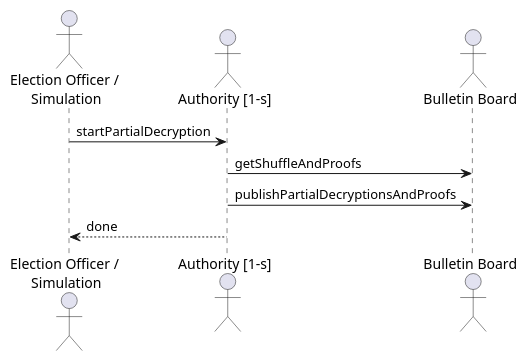
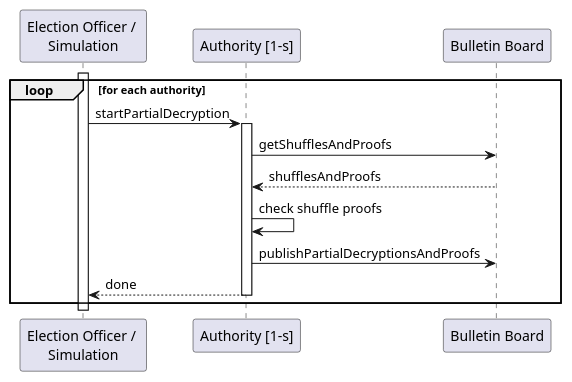
Before and after one commit to republique-et-canton-de-geneve/chvote-protocol-poc: the diagram in doc/sequence/Decryption.puml, drawn with PlantUML. The commit also changed 11 other files, not shown here.

Commit message:
Improve sequence diagrams

```diff
--- a/doc/sequence/Decryption.puml
+++ b/doc/sequence/Decryption.puml
@@ -1,11 +1,19 @@
 @startuml
-actor "Election Officer / \nSimulation" as eo
-actor "Authority [1-s]" as auth
-actor "Bulletin Board" as bb
+participant "Election Officer / \nSimulation" as eo
+participant "Authority [1-s]" as auth
+participant "Bulletin Board" as bb
 
+activate eo
+loop for each authority
 eo -> auth : startPartialDecryption
-auth -> bb : getShuffleAndProofs
-auth -> bb : publishPartialDecryptionsAndProofs
-auth --> eo : done
+    activate auth
+    auth -> bb : getShufflesAndProofs
+    bb --> auth : shufflesAndProofs
+    auth -> auth : check shuffle proofs
+    auth -> bb : publishPartialDecryptionsAndProofs
+    auth --> eo : done
+    deactivate auth
+end
+deactivate eo
 
 @enduml
```
